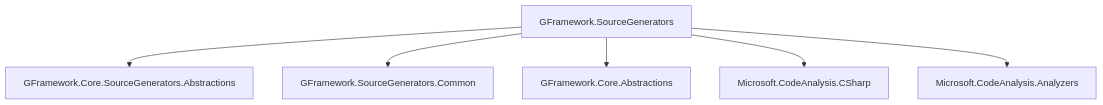
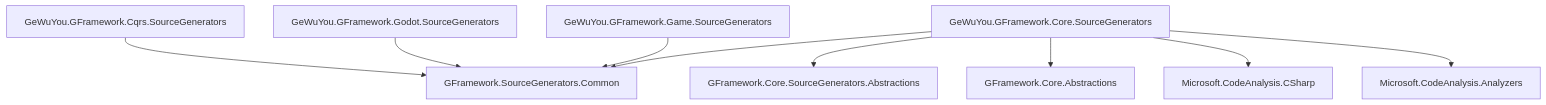
The diagram in docs/zh-CN/source-generators/index.md (GeWuYou/GFramework), drawn with Mermaid before and after one commit. The commit also changed other lines of this file and 8 other files, not shown here.

First line of the commit message:
docs(source-generators): 添加源代码生成器文档和相关常量定义

````diff
--- a/docs/zh-CN/source-generators/index.md
+++ b/docs/zh-CN/source-generators/index.md
@@ -1236,8 +1237,11 @@
 ```mermaid
 graph TD
-    A[GFramework.SourceGenerators] --> B[GFramework.Core.SourceGenerators.Abstractions]
+    A[GeWuYou.GFramework.Core.SourceGenerators] --> B[GFramework.Core.SourceGenerators.Abstractions]
     A --> C[GFramework.SourceGenerators.Common]
     A --> D[GFramework.Core.Abstractions]
     A --> E[Microsoft.CodeAnalysis.CSharp]
     A --> F[Microsoft.CodeAnalysis.Analyzers]
+    G[GeWuYou.GFramework.Game.SourceGenerators] --> C
+    H[GeWuYou.GFramework.Godot.SourceGenerators] --> C
+    I[GeWuYou.GFramework.Cqrs.SourceGenerators] --> C
 ```
````
